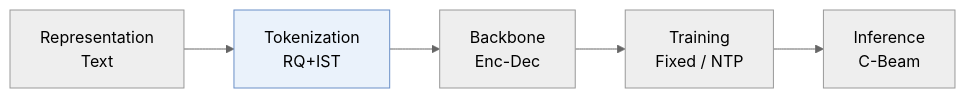
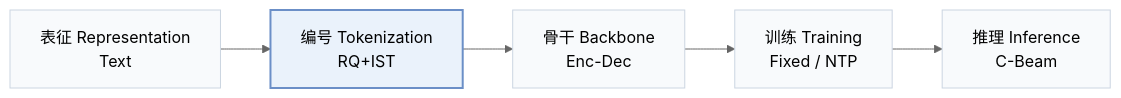
Before and after one commit to Galaxy-ghost/Awesome-SID-Generative-Rec: the first of 2 diagrams in pages/zh/papers/sst.md, drawn with Mermaid (neutral theme). The commit also changed other lines of this file and 649 other files, not shown here.

Commit message:
writer-05: also tags and modality index (schema, check, build, visuals); summary field removed; calibration data for 12 papers

````diff
--- a/pages/zh/papers/sst.md
+++ b/pages/zh/papers/sst.md
@@ -13,6 +15,8 @@
 ```mermaid
 flowchart LR
-    R["Representation<br/>Text"] --> T["Tokenization<br/>RQ+IST"] --> B["Backbone<br/>Enc-Dec"] --> TR["Training<br/>Fixed / NTP"] --> I["Inference<br/>C-Beam"]
-    classDef main fill:#eaf2fb,stroke:#6b8fc7
+    R["表征 Representation<br/>Text"] --> T["编号 Tokenization<br/>RQ+IST"] --> B["骨干 Backbone<br/>Enc-Dec"] --> TR["训练 Training<br/>Fixed / NTP"] --> I["推理 Inference<br/>C-Beam"]
+    classDef base fill:#f8fafc,stroke:#cbd5e1
+    class R,T,B,TR,I base
+    classDef main fill:#eaf2fb,stroke:#6b8fc7,stroke-width:2px
     class T main
 ```
````
